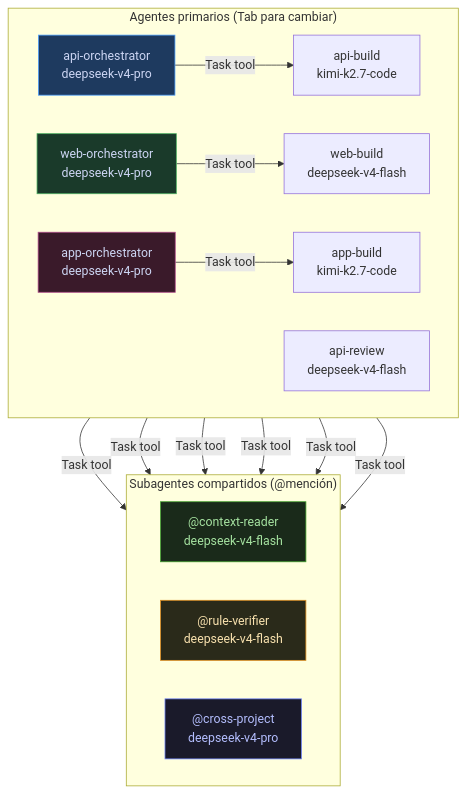
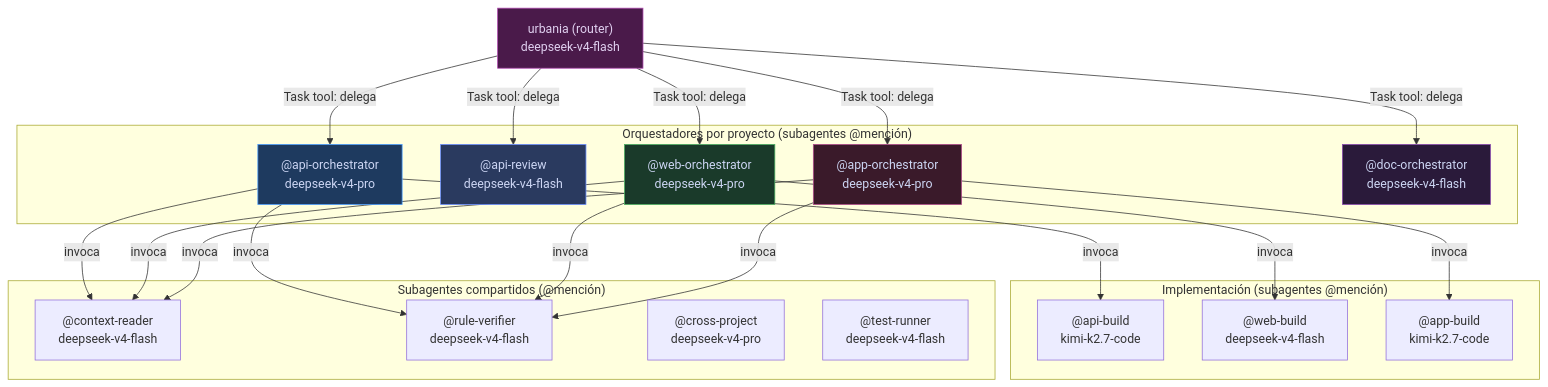
Before and after one commit to urbaniadev01/UrbaniaDocs: the third of 7 diagrams in GUIA_DESARROLLO.md, drawn with Mermaid. The commit also changed other lines of this file and 9 other files, not shown here.

Commit message:
[agents] Router urbania + demote builds a subagentes + GLOBAL_STATUS + fix opencode.json path + actualiza GUIA_DESARROLLO.md

````diff
--- a/GUIA_DESARROLLO.md
+++ b/GUIA_DESARROLLO.md
@@ -283,37 +273,50 @@
 ```mermaid
 graph TB
-    subgraph PRIMARIOS["Agentes primarios (Tab para cambiar)"]
-        direction LR
-        AO["api-orchestrator\ndeepseek-v4-pro"]
-        AB["api-build\nkimi-k2.7-code"]
-        AR["api-review\ndeepseek-v4-flash"]
-        WO["web-orchestrator\ndeepseek-v4-pro"]
-        WB["web-build\ndeepseek-v4-flash"]
-        APO["app-orchestrator\ndeepseek-v4-pro"]
-        APB["app-build\nkimi-k2.7-code"]
+    URB["urbania (router)\ndeepseek-v4-flash"]
+    
+    subgraph ORQUESTADORES["Orquestadores por proyecto (subagentes @mención)"]
+        AO["@api-orchestrator\ndeepseek-v4-pro"]
+        AR["@api-review\ndeepseek-v4-flash"]
+        WO["@web-orchestrator\ndeepseek-v4-pro"]
+        APO["@app-orchestrator\ndeepseek-v4-pro"]
+        DOC["@doc-orchestrator\ndeepseek-v4-flash"]
+    end
+
+    subgraph IMPLEMENTADORES["Implementación (subagentes @mención)"]
+        AB["@api-build\nkimi-k2.7-code"]
+        WB["@web-build\ndeepseek-v4-flash"]
+        APB["@app-build\nkimi-k2.7-code"]
     end
 
     subgraph SUBAGENTES["Subagentes compartidos (@mención)"]
-        direction LR
         CR["@context-reader\ndeepseek-v4-flash"]
         RV["@rule-verifier\ndeepseek-v4-flash"]
         CP["@cross-project\ndeepseek-v4-pro"]
+        TR["@test-runner\ndeepseek-v4-flash"]
     end
 
-    AO -->|"Task tool"| CR
-    AO -->|"Task tool"| RV
-    AO -->|"Task tool"| AB
-    WO -->|"Task tool"| CR
-    WO -->|"Task tool"| RV
-    WO -->|"Task tool"| WB
-    APO -->|"Task tool"| CR
-    APO -->|"Task tool"| RV
-    APO -->|"Task tool"| APB
+    URB -->|"Task tool: delega"| AO
+    URB -->|"Task tool: delega"| AR
+    URB -->|"Task tool: delega"| WO
+    URB -->|"Task tool: delega"| APO
+    URB -->|"Task tool: delega"| DOC
 
+    AO -->|invoca| CR
+    AO -->|invoca| RV
+    AO -->|invoca| AB
+    
+    WO -->|invoca| CR
+    WO -->|invoca| RV
+    WO -->|invoca| WB
+    
+    APO -->|invoca| CR
+    APO -->|invoca| RV
+    APO -->|invoca| APB
+
+    style URB fill:#4a1a4a,stroke:#af4aaf,color:#e0d0f0
     style AO fill:#1e3a5f,stroke:#4a9eff,color:#cdd6f4
+    style AR fill:#2a3a5f,stroke:#6a8eff,color:#cdd6f4
+    style DOC fill:#2a1a3a,stroke:#8a4aaf,color:#cdd6f4
     style WO fill:#1a3a2a,stroke:#4aaf60,color:#cdd6f4
     style APO fill:#3a1a2a,stroke:#af4a8a,color:#cdd6f4
-    style CR fill:#1a2a1a,stroke:#40a02b,color:#a6e3a1
-    style RV fill:#2a2a1a,stroke:#df8e1d,color:#f9e2af
-    style CP fill:#1a1a2a,stroke:#7287fd,color:#b4befe
 ```
````
